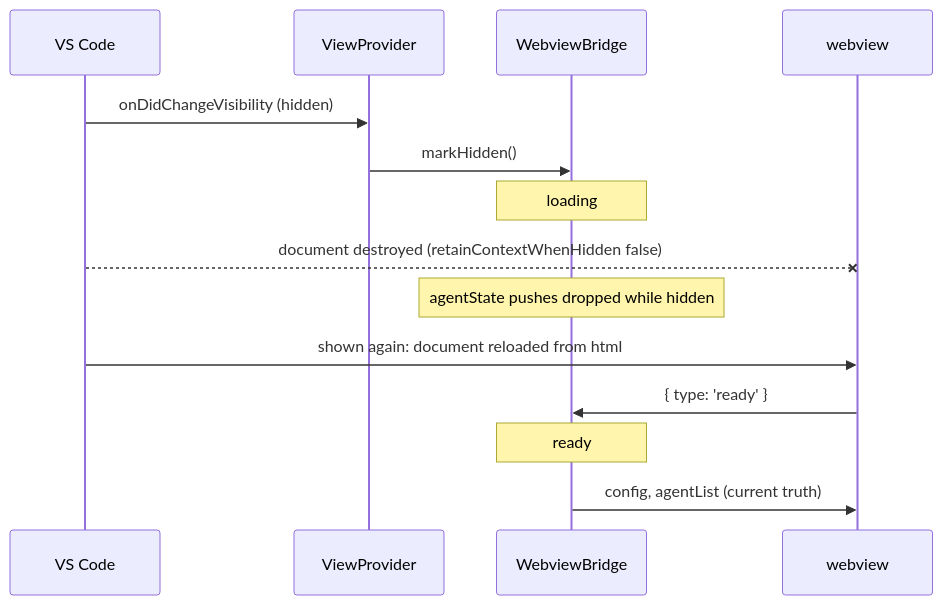
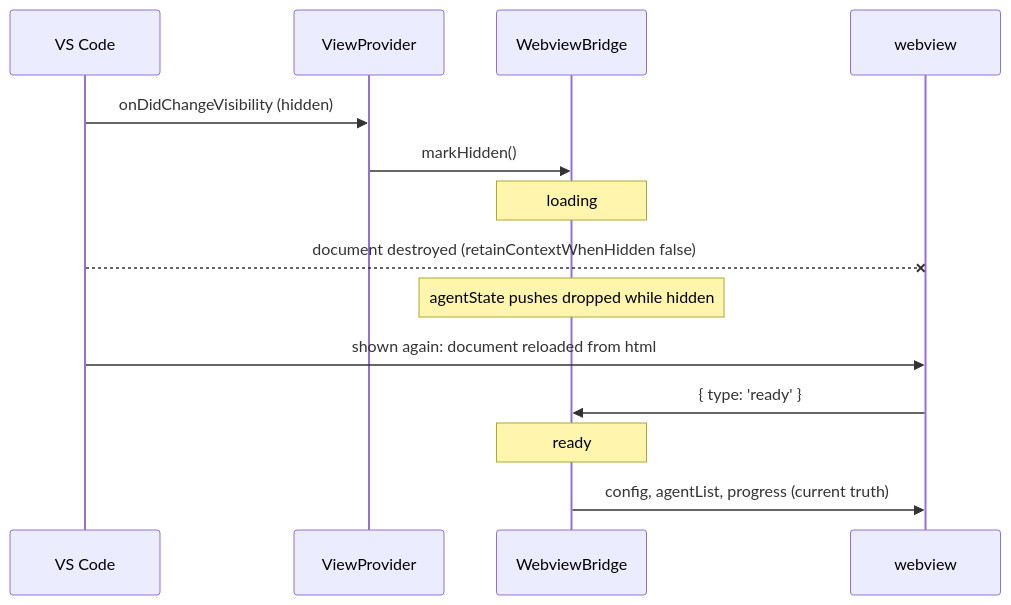
Before and after one commit to GrapeJuicer01/vscode-dungeon-crawlers: the third of 9 diagrams in docs/architecture/host-webview-protocol.md, drawn with Mermaid. The commit also changed other lines of this file and 122 other files, not shown here.

````diff
--- a/docs/architecture/host-webview-protocol.md
+++ b/docs/architecture/host-webview-protocol.md
@@ -123,16 +132,16 @@
 ```mermaid
 sequenceDiagram
   participant VS as VS Code
   participant P as ViewProvider
   participant B as WebviewBridge
   participant W as webview
   VS->>P: onDidChangeVisibility (hidden)
   P->>B: markHidden()
   Note over B: loading
   VS--xW: document destroyed (retainContextWhenHidden false)
   Note over B: agentState pushes dropped while hidden
   VS->>W: shown again: document reloaded from html
   W->>B: { type: 'ready' }
   Note over B: ready
-  B->>W: config, agentList (current truth)
+  B->>W: config, agentList, progress (current truth)
 ```
````
